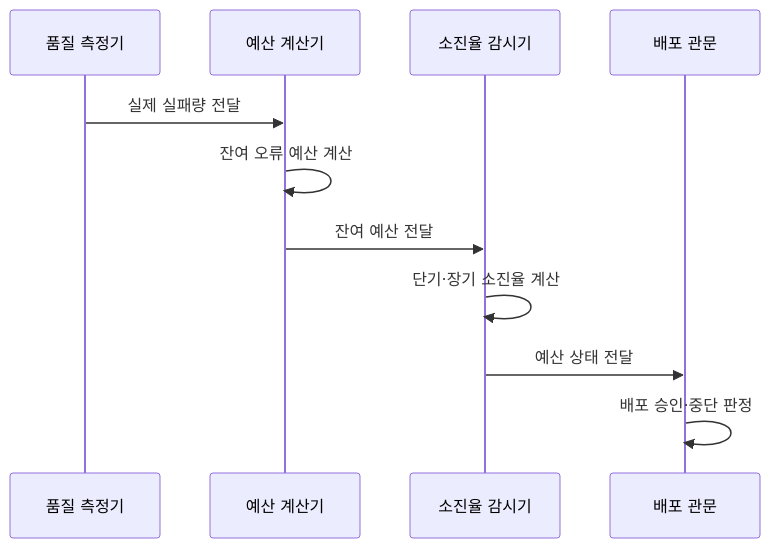
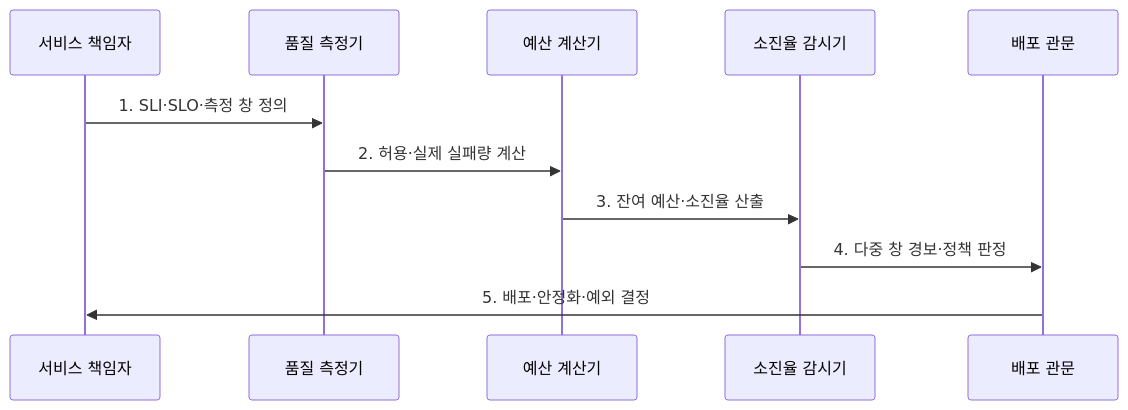
One commit to agnusdei1207/knowledge-base changed the second of 2 diagrams in src/content/docs/notes/06-evaluation/016_error_budget.md. Above: the diagram before and after it, drawn with Mermaid. The commit also changed other lines of this file and 6 other files, not shown here.

````diff
--- a/src/content/docs/notes/06-evaluation/016_error_budget.md
+++ b/src/content/docs/notes/06-evaluation/016_error_budget.md
@@ -81,13 +77,13 @@
 ```mermaid
 sequenceDiagram
-    participant M as 품질 측정기
-    participant B as 예산 계산기
-    participant R as 소진율 감시기
-    participant G as 배포 관문
-    M->>B: 실제 실패량 전달
-    B->>B: 잔여 오류 예산 계산
-    B->>R: 잔여 예산 전달
-    R->>R: 단기·장기 소진율 계산
-    R->>G: 예산 상태 전달
-    G->>G: 배포 승인·중단 판정
+  participant O as 서비스 책임자
+  participant M as 품질 측정기
+  participant B as 예산 계산기
+  participant R as 소진율 감시기
+  participant G as 배포 관문
+  O->>M: 1. SLI·SLO·측정 창 정의
+  M->>B: 2. 허용·실제 실패량 계산
+  B->>R: 3. 잔여 예산·소진율 산출
+  R->>G: 4. 다중 창 경보·정책 판정
+  G->>O: 5. 배포·안정화·예외 결정
 ```
````
